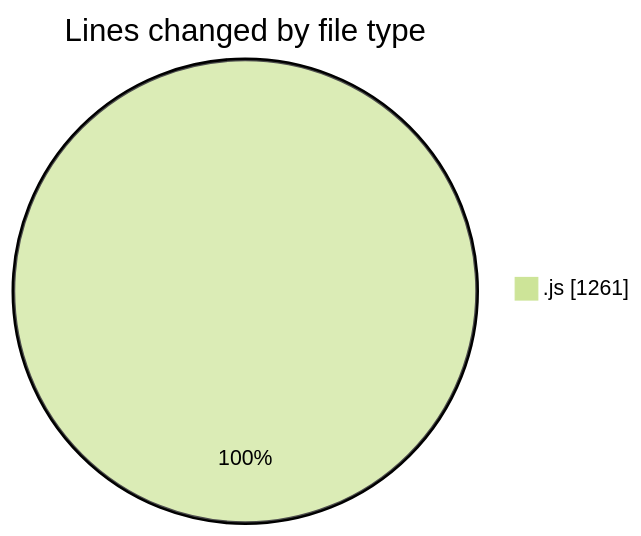
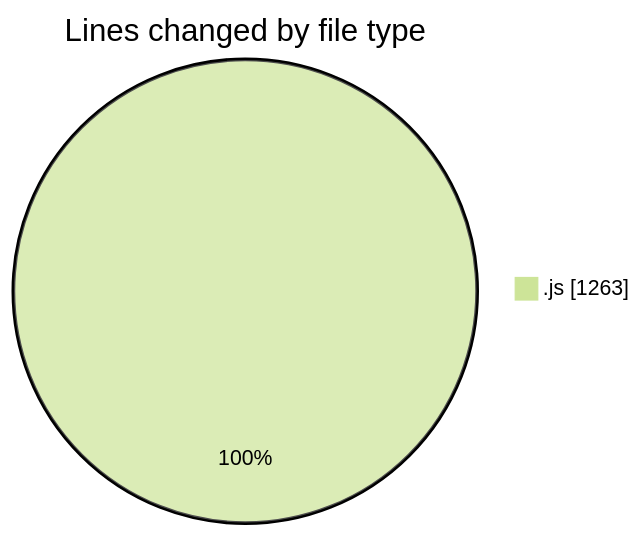
Before and after one commit to nxtqubesakshisongat/code-tracking: the first of 2 diagrams in 2025-09-08/cashcalculator/README.md, drawn with Mermaid (forest theme). The commit also changed other lines of this file and 1 other file, not shown here.

````diff
--- a/2025-09-08/cashcalculator/README.md
+++ b/2025-09-08/cashcalculator/README.md
@@ -20,5 +20,5 @@
 ```mermaid
 pie showData
 title Lines changed by file type
-".js" : 1261
+".js" : 1263
 ```
````
